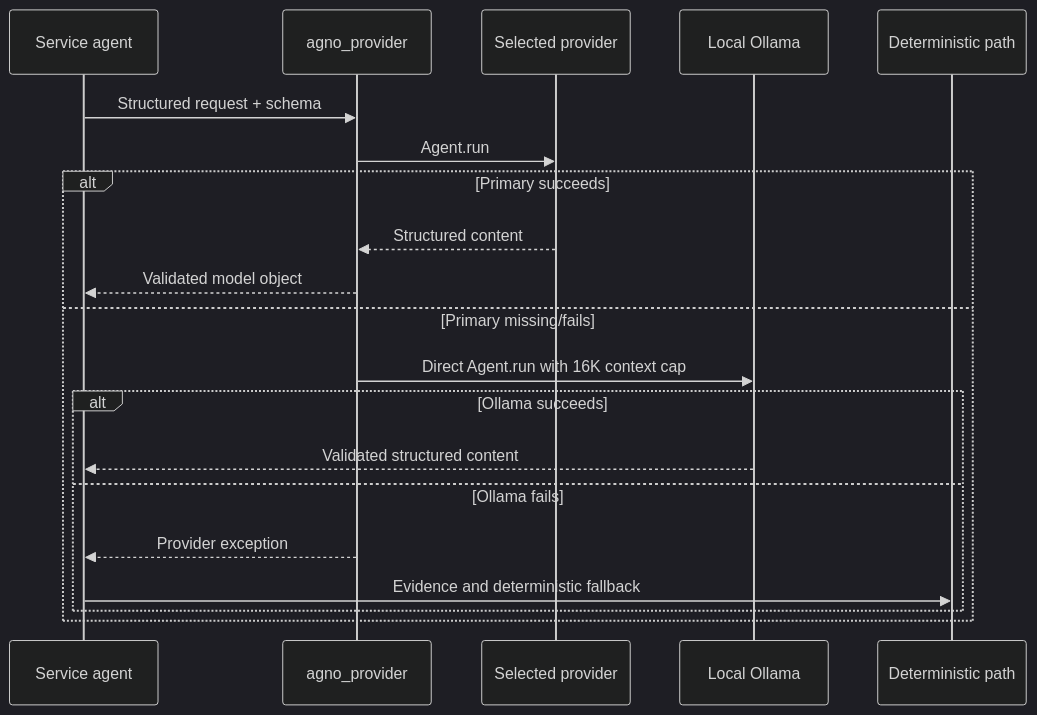
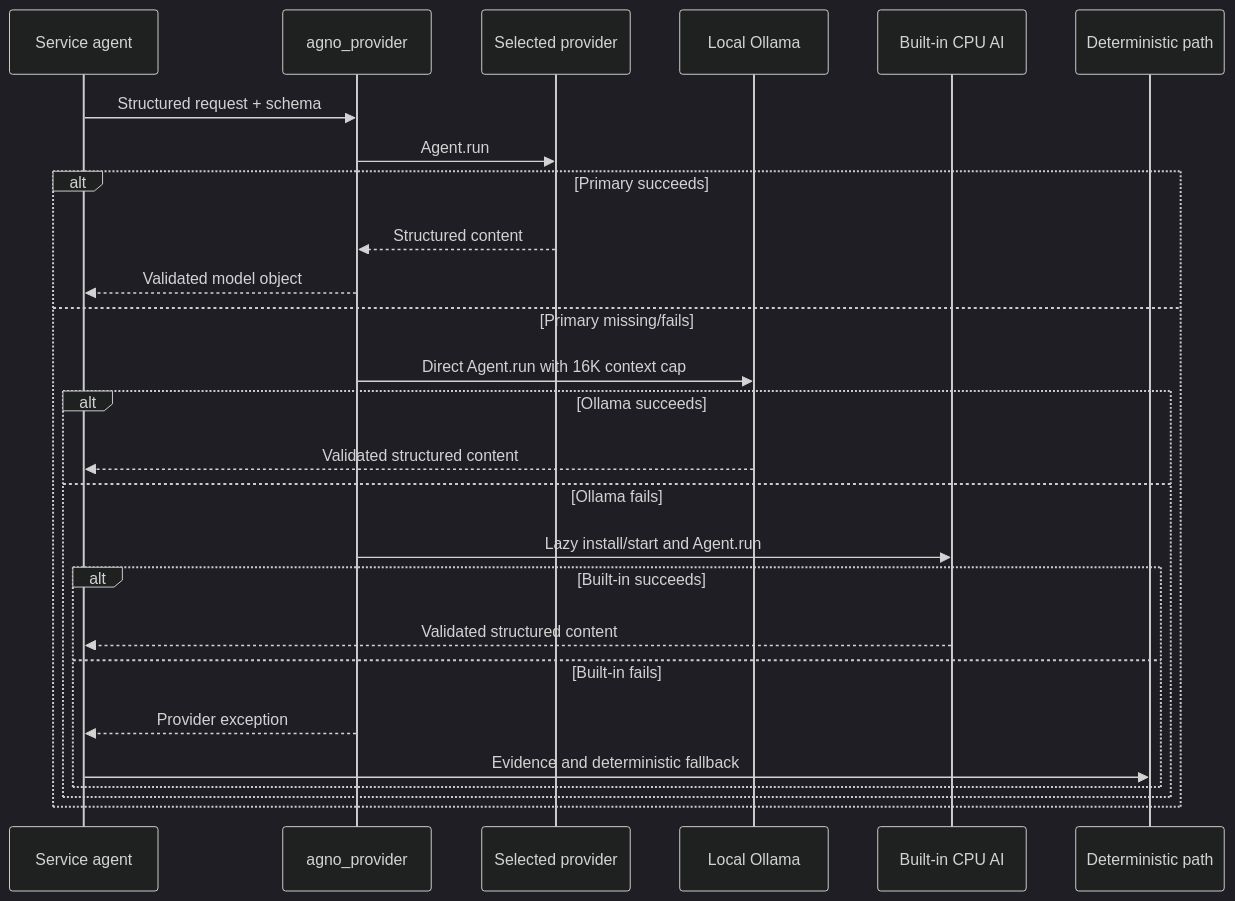
The tenth of 13 diagrams in docs/WORKFLOW_DESIGNS.md (DhimanGhosh/YouTube_Media_Studio), drawn with Mermaid (dark theme) before and after one commit. The commit also changed 22 other files, not shown here.

Commit message:
feat!: add zero-configuration built-in CPU AI

````diff
--- a/docs/WORKFLOW_DESIGNS.md
+++ b/docs/WORKFLOW_DESIGNS.md
@@ -268,23 +268,29 @@
 ```mermaid
 sequenceDiagram
     participant Caller as Service agent
     participant Factory as agno_provider
     participant Primary as Selected provider
     participant Ollama as Local Ollama
+    participant BuiltIn as Built-in CPU AI
     participant Static as Deterministic path
 
     Caller->>Factory: Structured request + schema
     Factory->>Primary: Agent.run
     alt Primary succeeds
         Primary-->>Factory: Structured content
         Factory-->>Caller: Validated model object
     else Primary missing/fails
         Factory->>Ollama: Direct Agent.run with 16K context cap
         alt Ollama succeeds
             Ollama-->>Caller: Validated structured content
         else Ollama fails
-            Factory-->>Caller: Provider exception
-            Caller->>Static: Evidence and deterministic fallback
+            Factory->>BuiltIn: Lazy install/start and Agent.run
+            alt Built-in succeeds
+                BuiltIn-->>Caller: Validated structured content
+            else Built-in fails
+                Factory-->>Caller: Provider exception
+                Caller->>Static: Evidence and deterministic fallback
+            end
         end
     end
 ```
````
